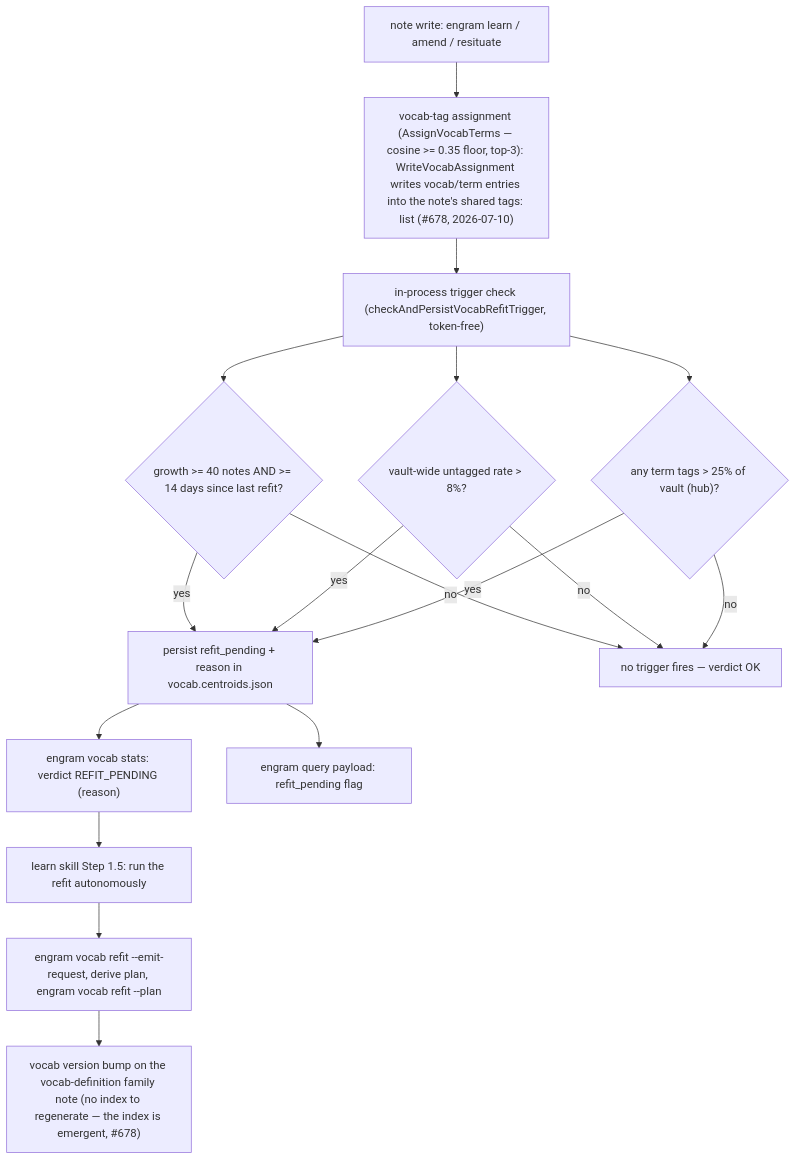
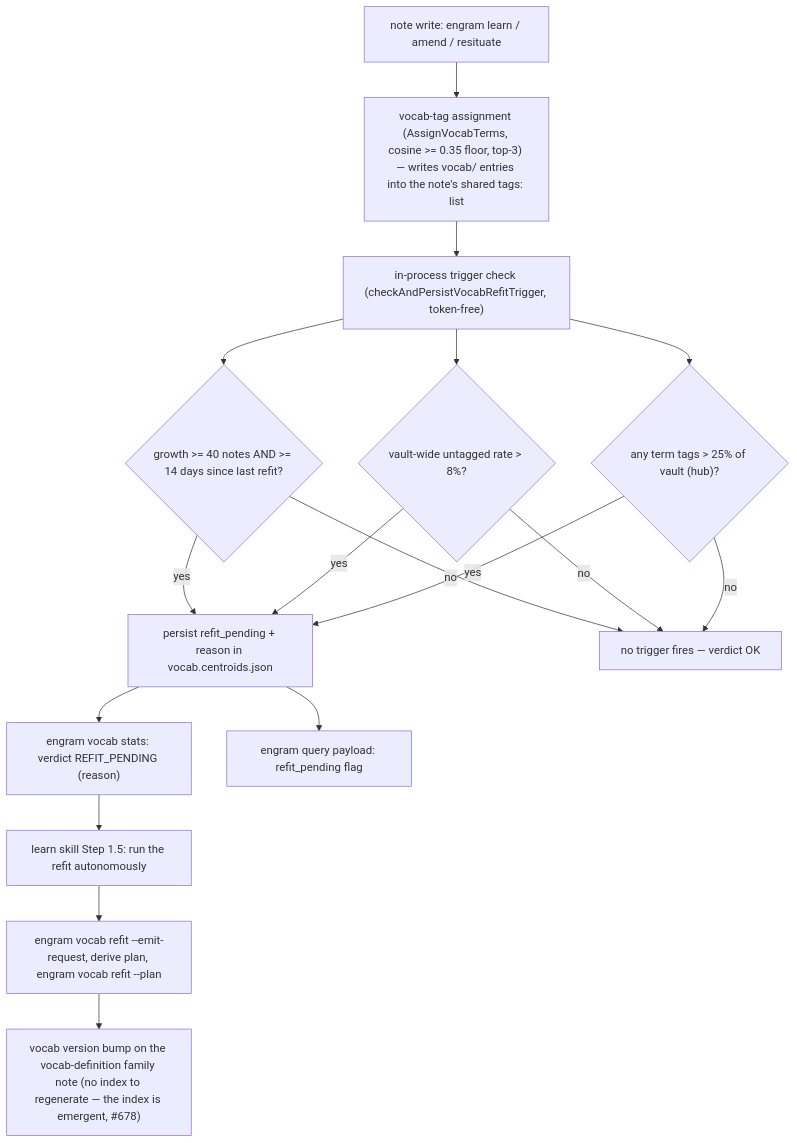
One commit to toejough/engram changed the seventh of 8 diagrams in docs/architecture/c2-containers.md. Above: the diagram before and after it, drawn with Mermaid. The commit also changed 6 other files, not shown here.

````diff
--- a/docs/architecture/c2-containers.md
+++ b/docs/architecture/c2-containers.md
@@ -233,19 +233,19 @@
 ```mermaid
 flowchart TD
-    W["note write: engram learn / amend / resituate"] --> D["vocab-tag assignment (AssignVocabTerms — cosine >= 0.35 floor, top-3): WriteVocabAssignment writes vocab/term entries into the note's shared tags: list (#678, 2026-07-10)"]
+    W["note write: engram learn / amend / resituate"] --> D["vocab-tag assignment (AssignVocabTerms, cosine >= 0.35 floor, top-3) — writes vocab/<term> entries into the note's shared tags: list"]
     D --> TR["in-process trigger check (checkAndPersistVocabRefitTrigger, token-free)"]
     TR --> G{"growth >= 40 notes AND >= 14 days since last refit?"}
     TR --> U{"vault-wide untagged rate > 8%?"}
     TR --> H{"any term tags > 25% of vault (hub)?"}
     G -->|yes| RP["persist refit_pending + reason in vocab.centroids.json"]
     U -->|yes| RP
     H -->|yes| RP
     G -->|no| OK["no trigger fires — verdict OK"]
     U -->|no| OK
     H -->|no| OK
     RP --> ST["engram vocab stats: verdict REFIT_PENDING (reason)"]
     RP --> PF["engram query payload: refit_pending flag"]
     ST --> L15["learn skill Step 1.5: run the refit autonomously"]
     L15 --> ER["engram vocab refit --emit-request, derive plan, engram vocab refit --plan"]
     ER --> VB["vocab version bump on the vocab-definition family note (no index to regenerate — the index is emergent, #678)"]
 ```
````
